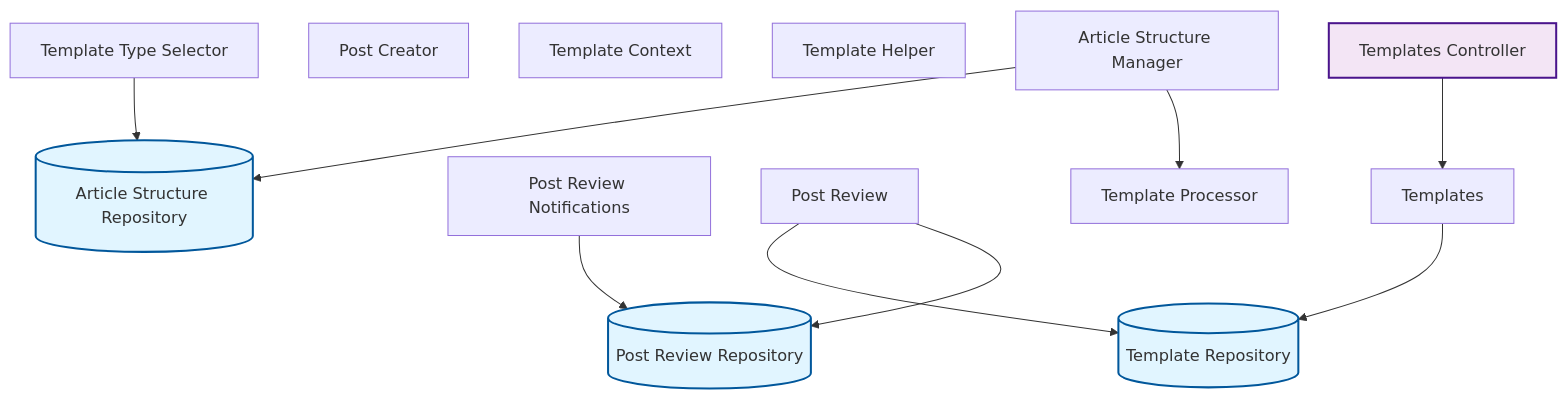
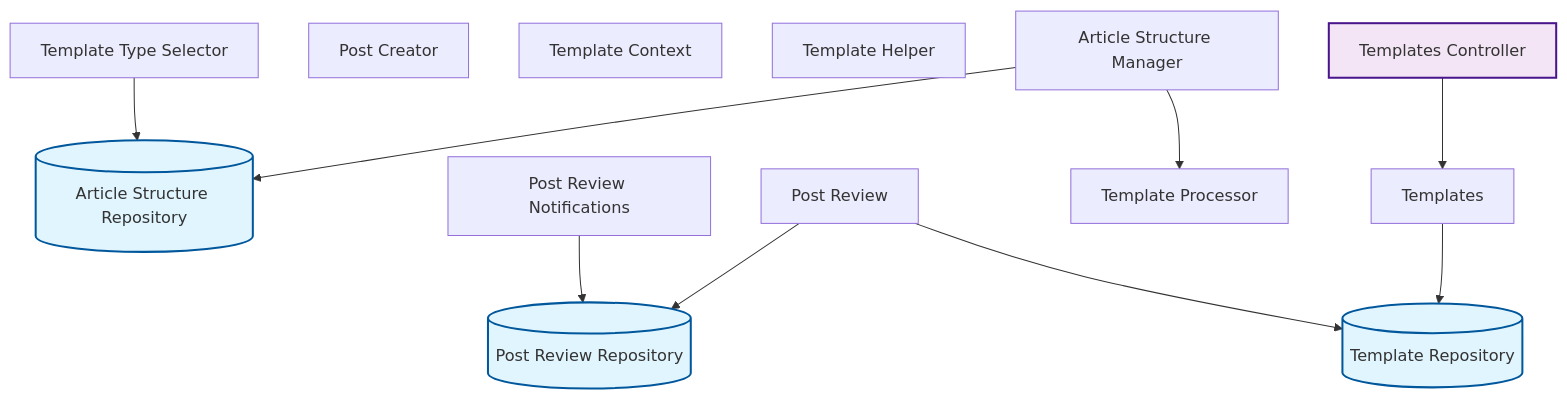
Before and after one commit to rpnunez/wp-ai-scheduler: the fourth of 10 diagrams in docs/feature-report.md, drawn with Mermaid. The commit also changed other lines of this file, not shown here.

````diff
--- a/docs/feature-report.md
+++ b/docs/feature-report.md
@@ -166,33 +166,33 @@
 ```mermaid
 flowchart TD
     %% Content Management Architecture
 
     Article_Structure_Manager["Article Structure Manager"]
     Article_Structure_Repository[("Article Structure Repository")]
     Post_Creator["Post Creator"]
     Post_Review_Notifications["Post Review Notifications"]
     Post_Review_Repository[("Post Review Repository")]
     Post_Review["Post Review"]
     Template_Context["Template Context"]
     Template_Helper["Template Helper"]
     Template_Processor["Template Processor"]
     Template_Repository[("Template Repository")]
     Template_Type_Selector["Template Type Selector"]
     Templates_Controller["Templates Controller"]
     Templates["Templates"]
 
+    Article_Structure_Manager --> Template_Processor
     Article_Structure_Manager --> Article_Structure_Repository
-    Article_Structure_Manager --> Template_Processor
     Post_Review_Notifications --> Post_Review_Repository
     Post_Review --> Template_Repository
     Post_Review --> Post_Review_Repository
     Template_Type_Selector --> Article_Structure_Repository
     Templates_Controller --> Templates
     Templates --> Template_Repository
 
     classDef repository fill:#e1f5ff,stroke:#01579b,stroke-width:2px
     classDef service fill:#fff3e0,stroke:#e65100,stroke-width:2px
     classDef controller fill:#f3e5f5,stroke:#4a148c,stroke-width:2px
     class Article_Structure_Repository,Post_Review_Repository,Template_Repository repository
     class Templates_Controller controller
 ```
````
